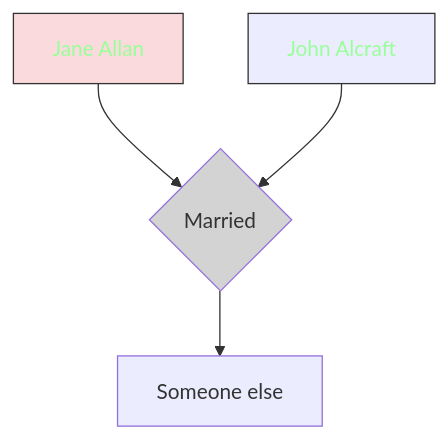
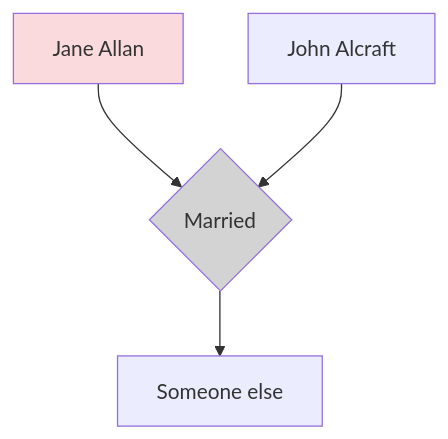
One commit to RachelAlcraft/family-tree changed the diagram in docs/index.md. Above: the diagram before and after it, drawn with Mermaid.

````diff
--- a/docs/index.md
+++ b/docs/index.md
@@ -6,12 +6,12 @@
 ``` mermaid
 flowchart TD  
   JA1[Jane Allan] --> JAJA{Married};
   JA2[John Alcraft] --> JAJA{Married};
   JAJA -->D[Someone else];  
-  style JA1 fill:#FADADD,stroke:#333,stroke-width:1px,color:#99ff99
+  style JA1 fill:#FADADD
   click JA1 "jones.md" "JA1"
-  style JA2 fill:##90d5ff,stroke:#333,stroke-width:1px,color:#99ff99
+  style JA2 fill:##90d5ff
   click JA2 "jones.md" "JA2"
   style JAJA fill:#D3D3D3
 
 ```
````
